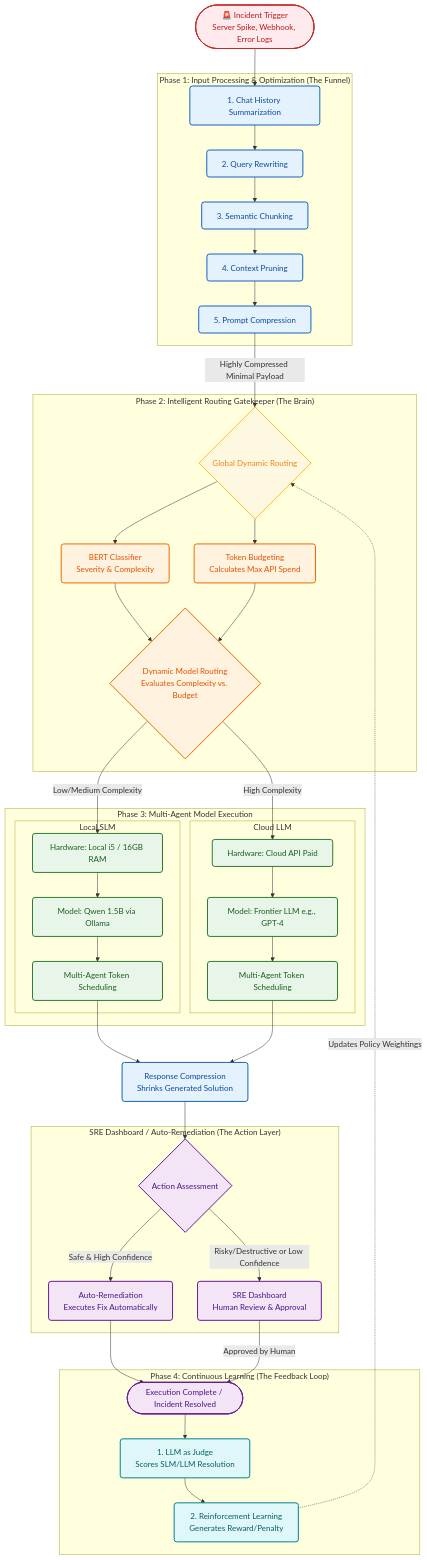
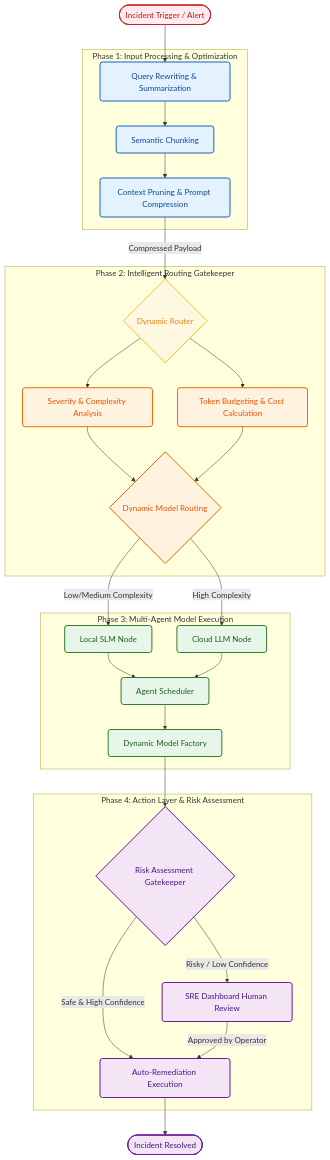
Before and after one commit to anand-esc/tokenawarearch: the diagram in architecture_diagram/architecture_diagram.md, drawn with Mermaid. The commit also changed other lines of this file and 5 other files, not shown here.

Commit message:
docs: Update architecture and flow diagrams with new pngs and mermaid source

````diff
--- a/architecture_diagram/architecture_diagram.md
+++ b/architecture_diagram/architecture_diagram.md
@@ -7,64 +9,46 @@
 ```mermaid
 graph TD
     classDef trigger fill:#ffebee,stroke:#c62828,stroke-width:2px,color:#b71c1c,rx:5px,ry:5px
     classDef phase1 fill:#e3f2fd,stroke:#1565c0,stroke-width:2px,color:#0d47a1,rx:5px,ry:5px
     classDef phase2 fill:#fff3e0,stroke:#ef6c00,stroke-width:2px,color:#e65100,rx:5px,ry:5px
     classDef phase3 fill:#e8f5e9,stroke:#2e7d32,stroke-width:2px,color:#1b5e20,rx:5px,ry:5px
     classDef action fill:#f3e5f5,stroke:#6a1b9a,stroke-width:2px,color:#4a148c,rx:5px,ry:5px
-    classDef feedback fill:#e0f7fa,stroke:#00838f,stroke-width:2px,color:#006064,rx:5px,ry:5px
     classDef global fill:#fff8e1,stroke:#fbc02d,stroke-width:2px,color:#f57f17,rx:5px,ry:5px
 
-    A([🚨 Incident Trigger<br/>Server Spike, Webhook, Error Logs]):::trigger --> B
+    A([Incident Trigger / Alert]):::trigger --> B
     
-    subgraph Phase1 ["Phase 1: Input Processing & Optimization (The Funnel)"]
-        B[1. Chat History Summarization]:::phase1 --> C[2. Query Rewriting]:::phase1
-        C --> D[3. Semantic Chunking]:::phase1
-        D --> E[4. Context Pruning]:::phase1
-        E --> F[5. Prompt Compression]:::phase1
+    subgraph Phase1 ["Phase 1: Input Processing & Optimization"]
+        B[Query Rewriting & Summarization]:::phase1 --> C[Semantic Chunking]:::phase1
+        C --> D[Context Pruning & Prompt Compression]:::phase1
     end
 
-    F --> |Highly Compressed Minimal Payload| G
+    D --> |Compressed Payload| E
     
-    subgraph Phase2 ["Phase 2: Intelligent Routing Gatekeeper (The Brain)"]
-        G{Global Dynamic Routing}:::global
-        G --> H[BERT Classifier<br/>Severity & Complexity]:::phase2
-        G --> I[Token Budgeting<br/>Calculates Max API Spend]:::phase2
-        H --> J{Dynamic Model Routing<br/>Evaluates Complexity vs. Budget}:::phase2
-        I --> J
+    subgraph Phase2 ["Phase 2: Intelligent Routing Gatekeeper"]
+        E{Dynamic Router}:::global
+        E --> F[Severity & Complexity Analysis]:::phase2
+        E --> G[Token Budgeting & Cost Calculation]:::phase2
+        F --> H{Dynamic Model Routing}:::phase2
+        G --> H
     end
     
-    J --> |Low/Medium Complexity| L_SLM
-    J --> |High Complexity| C_LLM
+    H --> |Low/Medium Complexity| L_SLM
+    H --> |High Complexity| C_LLM
 
     subgraph Phase3 ["Phase 3: Multi-Agent Model Execution"]
-        subgraph Local ["Local SLM"]
-            L_SLM[Hardware: Local i5 / 16GB RAM]:::phase3 --> L_Model[Model: Qwen 1.5B via Ollama]:::phase3
-            L_Model --> L_Sched[Multi-Agent Token Scheduling]:::phase3
-        end
-        
-        subgraph Cloud ["Cloud LLM"]
-            C_LLM[Hardware: Cloud API Paid]:::phase3 --> C_Model[Model: Frontier LLM e.g., GPT-4]:::phase3
-            C_Model --> C_Sched[Multi-Agent Token Scheduling]:::phase3
-        end
+        L_SLM[Local SLM Node]:::phase3 --> Scheduler[Agent Scheduler]:::phase3
+        C_LLM[Cloud LLM Node]:::phase3 --> Scheduler
+        Scheduler --> Factory[Dynamic Model Factory]:::phase3
     end
 
-    L_Sched --> K
-    C_Sched --> K
+    Factory --> I
     
-    K[Response Compression<br/>Shrinks Generated Solution]:::phase1 --> L{Action Assessment}:::action
-    
-    subgraph ActionLayer ["SRE Dashboard / Auto-Remediation (The Action Layer)"]
-        L --> |Safe & High Confidence| M[Auto-Remediation<br/>Executes Fix Automatically]:::action
-        L --> |Risky/Destructive or Low Confidence| N[SRE Dashboard<br/>Human Review & Approval]:::action
+    subgraph Phase4 ["Phase 4: Action Layer & Risk Assessment"]
+        I{Risk Assessment Gatekeeper}:::action
+        I --> |Safe & High Confidence| J[Auto-Remediation Execution]:::action
+        I --> |Risky / Low Confidence| K[SRE Dashboard Human Review]:::action
     end
     
-    M --> O([Execution Complete / Incident Resolved]):::action
-    N --> |Approved by Human| O
-    
-    subgraph Phase4 ["Phase 4: Continuous Learning (The Feedback Loop)"]
-        O --> P[1. LLM as Judge<br/>Scores SLM/LLM Resolution]:::feedback
-        P --> Q[2. Reinforcement Learning<br/>Generates Reward/Penalty]:::feedback
-    end
-    
-    Q -.-> |Updates Policy Weightings| G
+    J --> L([Incident Resolved]):::action
+    K --> |Approved by Operator| J
 ```
````
